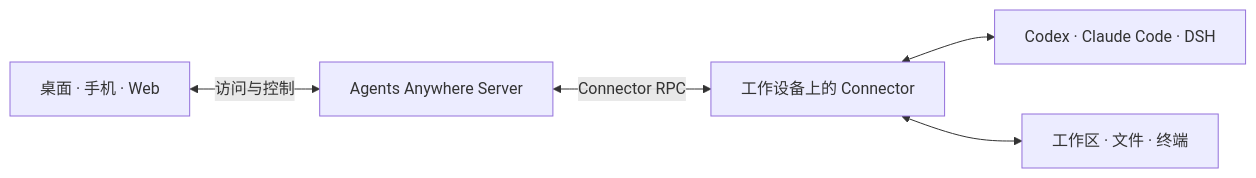
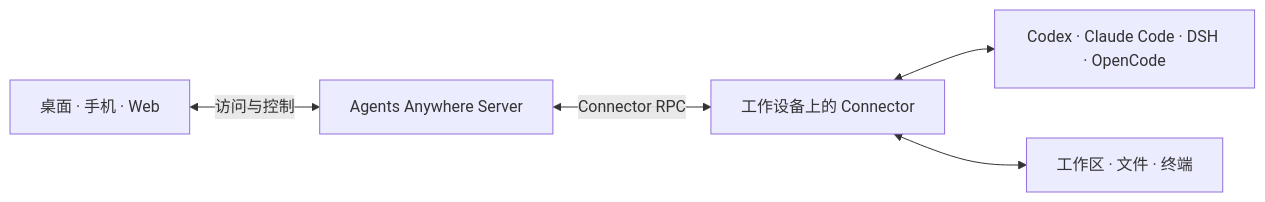
Before and after one commit to anywhere-labs/Agents-Anywhere: the diagram in README.zh-CN.md, drawn with Mermaid. The commit also changed other lines of this file and 4 other files, not shown here.

First line of the commit message:
docs: include OpenCode in supported runtimes

````diff
--- a/README.zh-CN.md
+++ b/README.zh-CN.md
@@ -108,7 +108,7 @@
 ```mermaid
 flowchart LR
     Clients["桌面 · 手机 · Web"] <-->|"访问与控制"| Server["Agents Anywhere Server"]
     Server <-->|"Connector RPC"| Connector["工作设备上的 Connector"]
-    Connector <--> Agents["Codex · Claude Code · DSH"]
+    Connector <--> Agents["Codex · Claude Code · DSH · OpenCode"]
     Connector <--> Workspace["工作区 · 文件 · 终端"]
 ```
````
